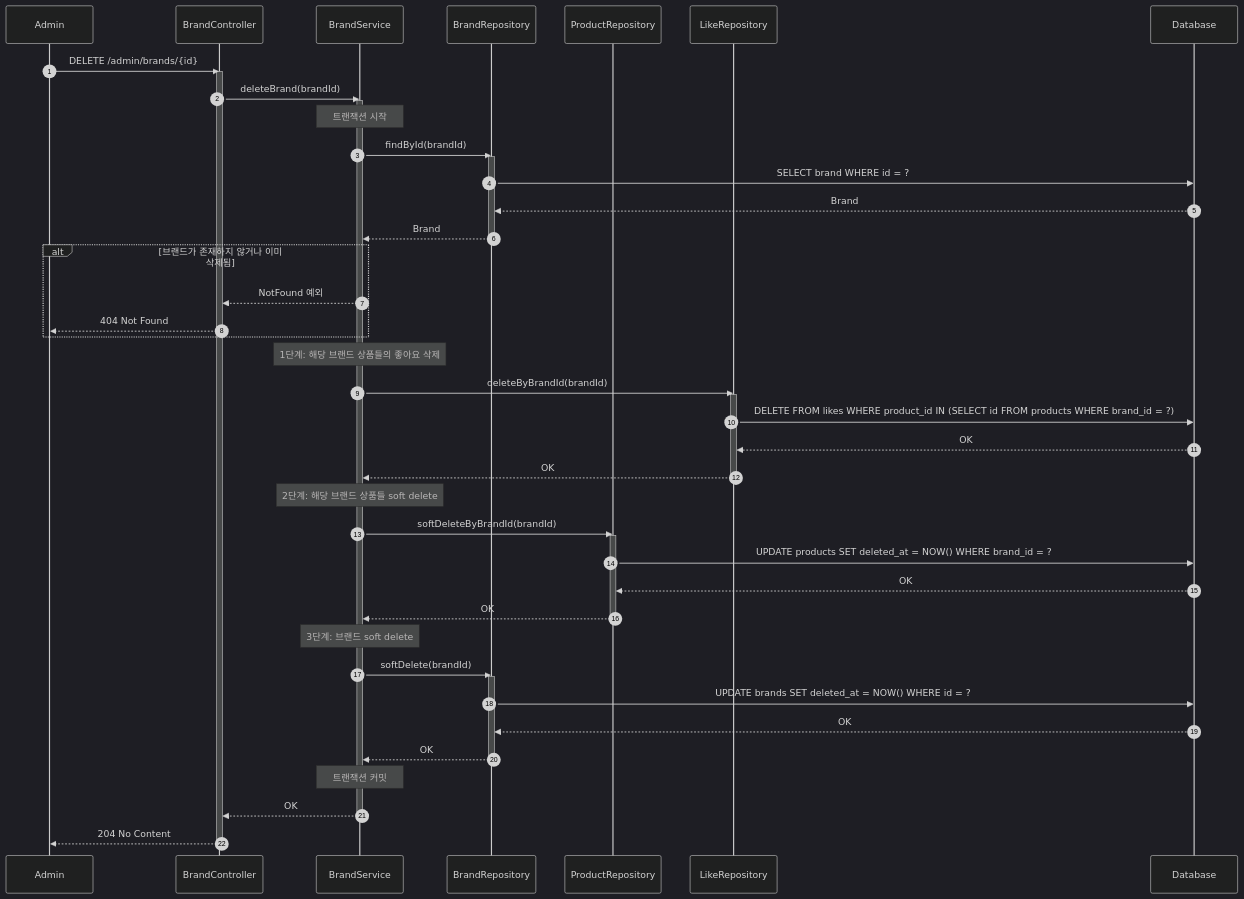
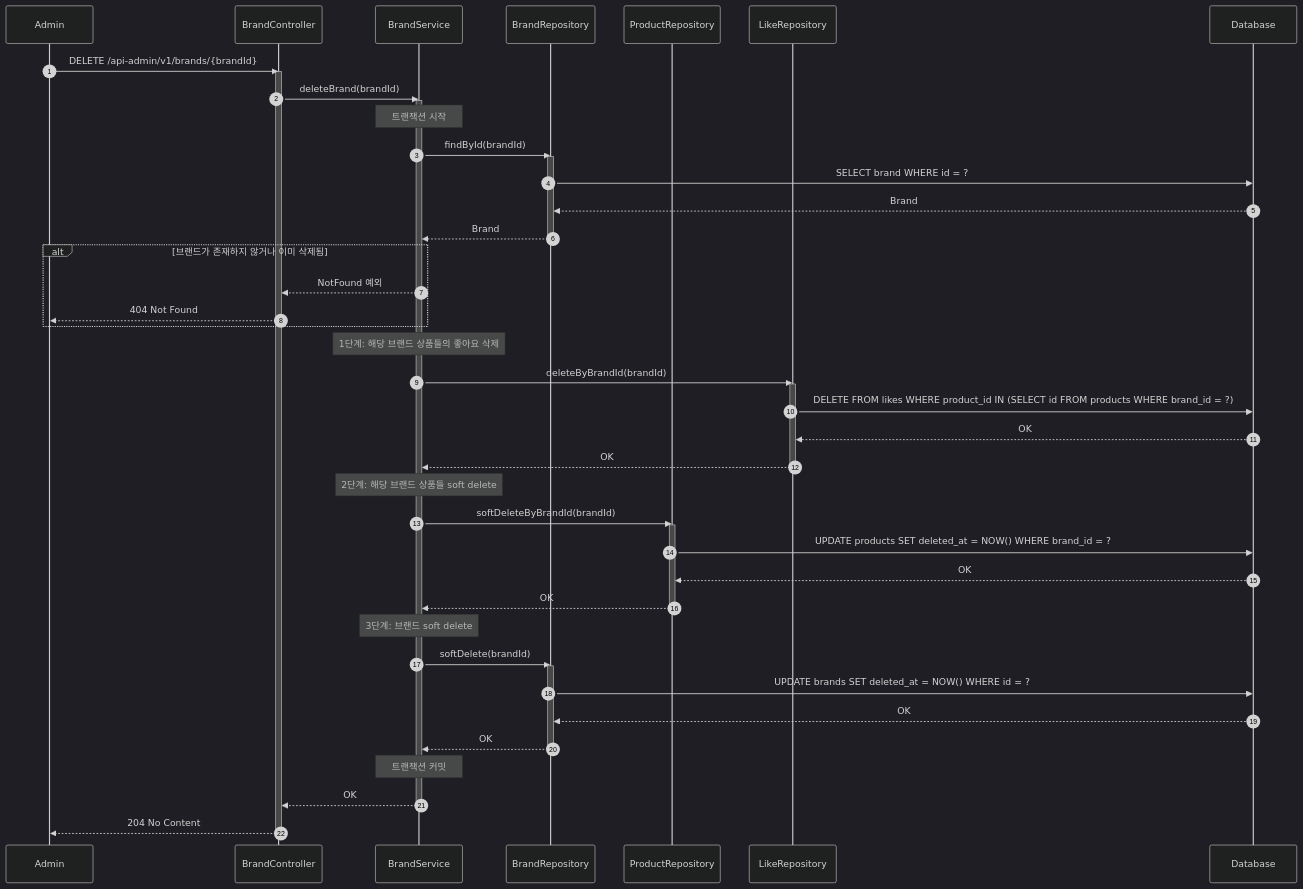
Before and after one commit to Loopers-dev-lab/loop-pack-be-l2-vol3-java: the sixth of 7 diagrams in docs/design/02-sequence-diagrams.md, drawn with Mermaid (dark theme). The commit also changed other lines of this file and 1 other file, not shown here.

````diff
--- a/docs/design/02-sequence-diagrams.md
+++ b/docs/design/02-sequence-diagrams.md
@@ -394,64 +396,64 @@
 ```mermaid
 sequenceDiagram
     autonumber
     participant Admin
     participant Controller as BrandController
     participant Service as BrandService
     participant BrandRepo as BrandRepository
     participant ProductRepo as ProductRepository
     participant LikeRepo as LikeRepository
     participant DB as Database
 
-    Admin->>Controller: DELETE /admin/brands/{id}
+    Admin->>Controller: DELETE /api-admin/v1/brands/{brandId}
     activate Controller
     Controller->>Service: deleteBrand(brandId)
     activate Service
 
     Note over Service: 트랜잭션 시작
 
     Service->>BrandRepo: findById(brandId)
     activate BrandRepo
     BrandRepo->>DB: SELECT brand WHERE id = ?
     DB-->>BrandRepo: Brand
     BrandRepo-->>Service: Brand
     deactivate BrandRepo
 
     alt 브랜드가 존재하지 않거나 이미 삭제됨
         Service-->>Controller: NotFound 예외
         Controller-->>Admin: 404 Not Found
     end
 
     Note over Service: 1단계: 해당 브랜드 상품들의 좋아요 삭제
 
     Service->>LikeRepo: deleteByBrandId(brandId)
     activate LikeRepo
     LikeRepo->>DB: DELETE FROM likes WHERE product_id IN (SELECT id FROM products WHERE brand_id = ?)
     DB-->>LikeRepo: OK
     LikeRepo-->>Service: OK
     deactivate LikeRepo
 
     Note over Service: 2단계: 해당 브랜드 상품들 soft delete
 
     Service->>ProductRepo: softDeleteByBrandId(brandId)
     activate ProductRepo
     ProductRepo->>DB: UPDATE products SET deleted_at = NOW() WHERE brand_id = ?
     DB-->>ProductRepo: OK
     ProductRepo-->>Service: OK
     deactivate ProductRepo
 
     Note over Service: 3단계: 브랜드 soft delete
 
     Service->>BrandRepo: softDelete(brandId)
     activate BrandRepo
     BrandRepo->>DB: UPDATE brands SET deleted_at = NOW() WHERE id = ?
     DB-->>BrandRepo: OK
     BrandRepo-->>Service: OK
     deactivate BrandRepo
 
     Note over Service: 트랜잭션 커밋
 
     Service-->>Controller: OK
     deactivate Service
     Controller-->>Admin: 204 No Content
     deactivate Controller
 ```
````
